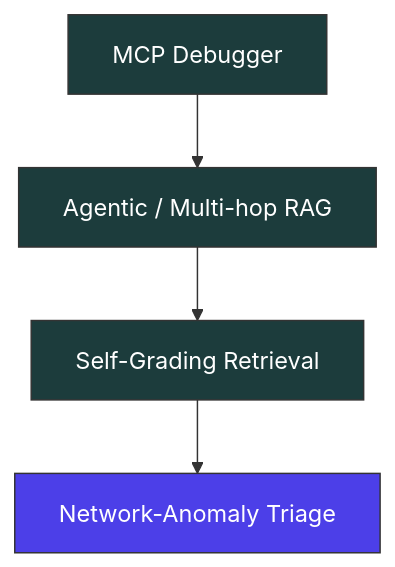
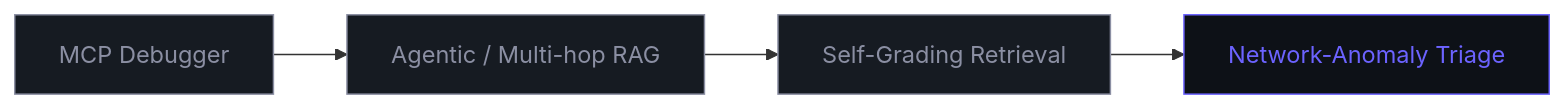
One commit to laraib-builds/laraib-builds changed the second of 3 diagrams in README.md. Above: the diagram before and after it, drawn with Mermaid. The commit also changed other lines of this file, not shown here.

````diff
--- a/README.md
+++ b/README.md
@@ -76,11 +77,11 @@
 ```mermaid
-flowchart TD
+flowchart LR
     A[MCP Debugger] --> B[Agentic / Multi-hop RAG]
     B --> C[Self-Grading Retrieval]
     C --> D[Network-Anomaly Triage]
 
-    style A fill:#1C3C3C,stroke:#333,color:#fff
-    style B fill:#1C3C3C,stroke:#333,color:#fff
-    style C fill:#1C3C3C,stroke:#333,color:#fff
-    style D fill:#4C3FE8,stroke:#333,color:#fff
+    style A fill:#161b22,stroke:#8B8FA3,color:#8B8FA3
+    style B fill:#161b22,stroke:#8B8FA3,color:#8B8FA3
+    style C fill:#161b22,stroke:#8B8FA3,color:#8B8FA3
+    style D fill:#0d1117,stroke:#6C63FF,color:#6C63FF
 ```
````
